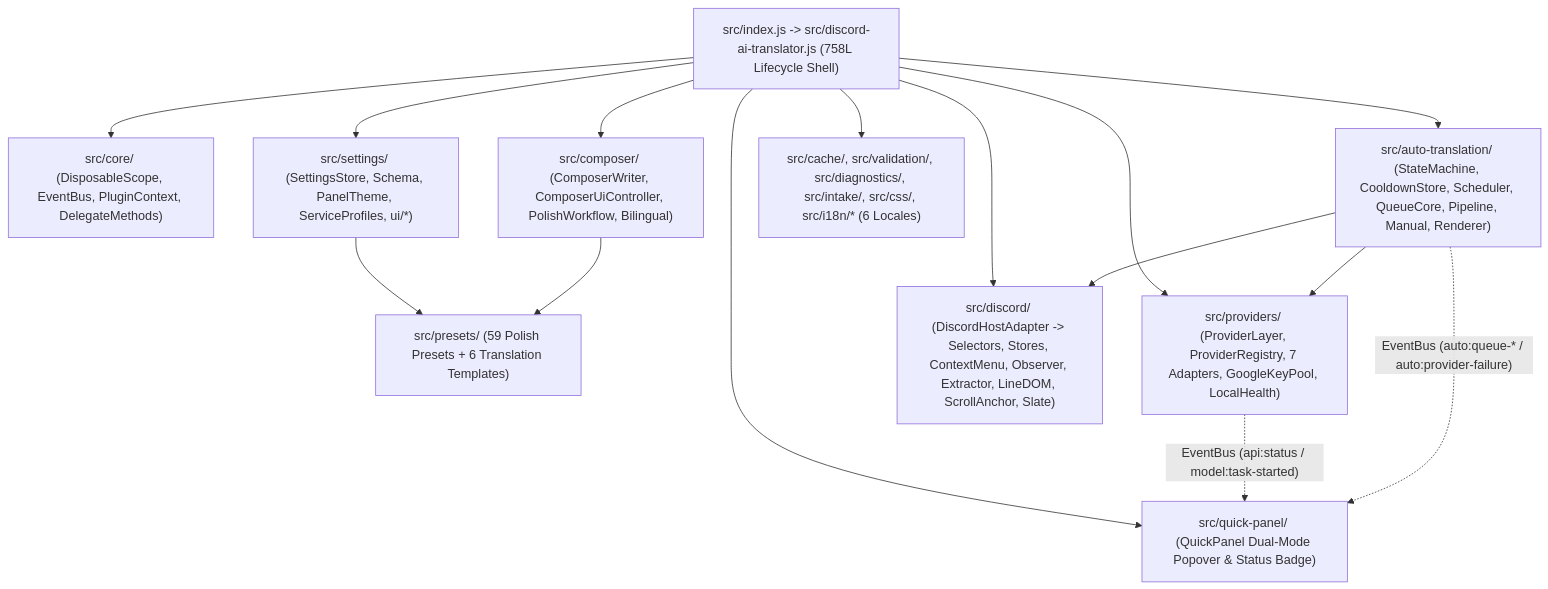
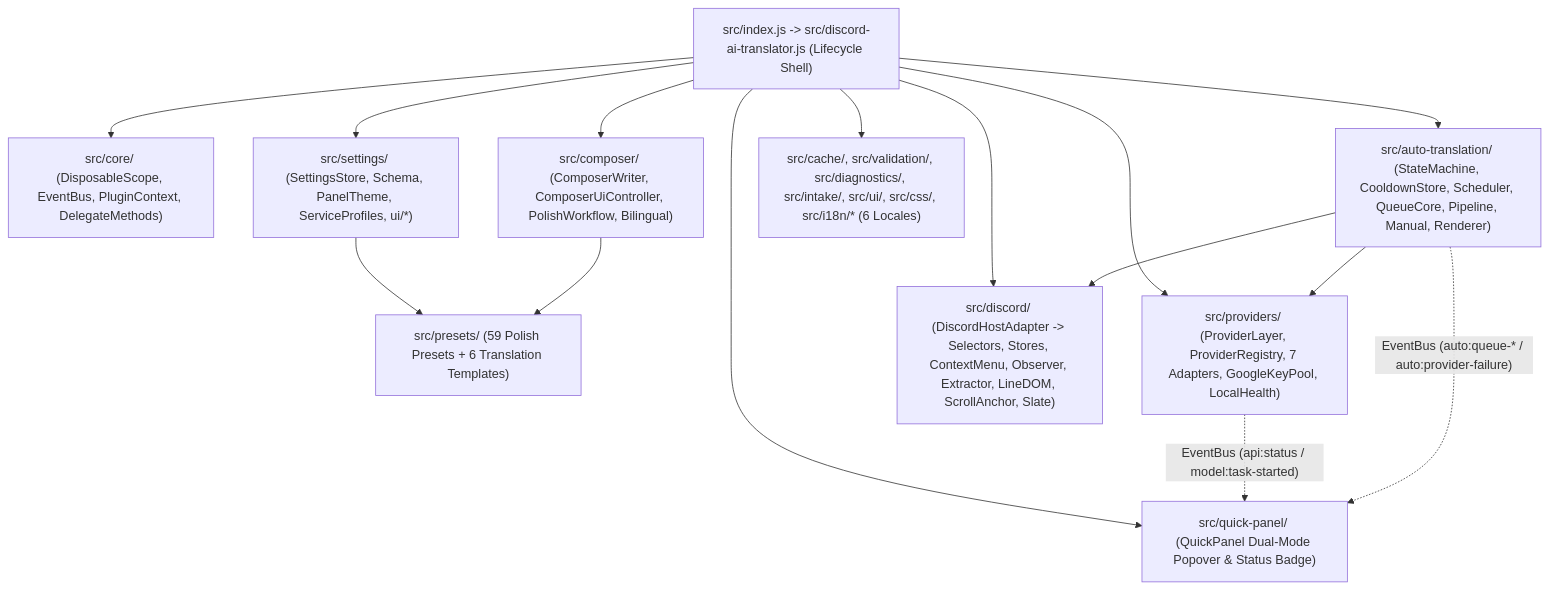
The diagram in docs/architecture.md (MK6657/DiscordAITranslator), drawn with Mermaid before and after one commit. The commit also changed other lines of this file and 72 other files, not shown here.

````diff
--- a/docs/architecture.md
+++ b/docs/architecture.md
@@ -7,28 +7,28 @@
 ```mermaid
 flowchart TD
-    Entry["src/index.js -> src/discord-ai-translator.js (758L Lifecycle Shell)"]
+    Entry["src/index.js -> src/discord-ai-translator.js (Lifecycle Shell)"]
     Core["src/core/ (DisposableScope, EventBus, PluginContext, DelegateMethods)"]
     Presets["src/presets/ (59 Polish Presets + 6 Translation Templates)"]
     Settings["src/settings/ (SettingsStore, Schema, PanelTheme, ServiceProfiles, ui/*)"]
     Providers["src/providers/ (ProviderLayer, ProviderRegistry, 7 Adapters, GoogleKeyPool, LocalHealth)"]
     Auto["src/auto-translation/ (StateMachine, CooldownStore, Scheduler, QueueCore, Pipeline, Manual, Renderer)"]
     Composer["src/composer/ (ComposerWriter, ComposerUiController, PolishWorkflow, Bilingual)"]
     Discord["src/discord/ (DiscordHostAdapter -> Selectors, Stores, ContextMenu, Observer, Extractor, LineDOM, ScrollAnchor, Slate)"]
     Quick["src/quick-panel/ (QuickPanel Dual-Mode Popover & Status Badge)"]
-    Support["src/cache/, src/validation/, src/diagnostics/, src/intake/, src/css/, src/i18n/* (6 Locales)"]
+    Support["src/cache/, src/validation/, src/diagnostics/, src/intake/, src/ui/, src/css/, src/i18n/* (6 Locales)"]
 
     Entry --> Core
     Entry --> Settings
     Entry --> Providers
     Entry --> Auto
     Entry --> Composer
     Entry --> Discord
     Entry --> Quick
     Entry --> Support
     Settings --> Presets
     Composer --> Presets
     Providers -. "EventBus (api:status / model:task-started)" .-> Quick
     Auto -. "EventBus (auto:queue-* / auto:provider-failure)" .-> Quick
     Auto --> Providers
     Auto --> Discord
 ```
````
